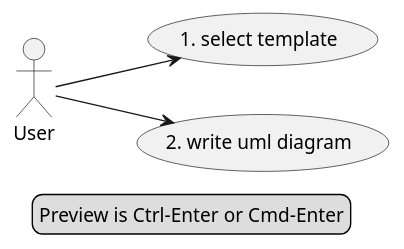
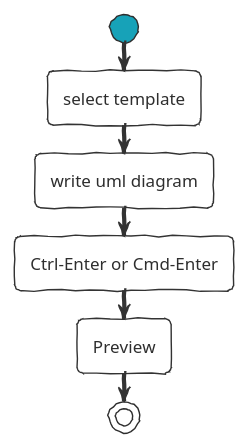
Before and after one commit to kkeisuke/plantuml-editor2: the diagram in src/assets/templates/default.plantuml, drawn with PlantUML. The commit also changed other lines of this file, not shown here.

Commit message:
初期表示の UML を修正

```diff
--- a/src/assets/templates/default.plantuml
+++ b/src/assets/templates/default.plantuml
@@ -8,14 +1,14 @@
 @startuml
 
-left to right direction
+!theme sketchy-outline
 
-actor User
+start
 
-User --> (1. select template)
-User --> (2. write uml diagram)
+:select template;
+:write uml diagram;
+:Ctrl-Enter or Cmd-Enter;
+:Preview;
 
-legend center
-  Preview is Ctrl-Enter or Cmd-Enter
-endlegend
+stop
 
 @enduml
```
